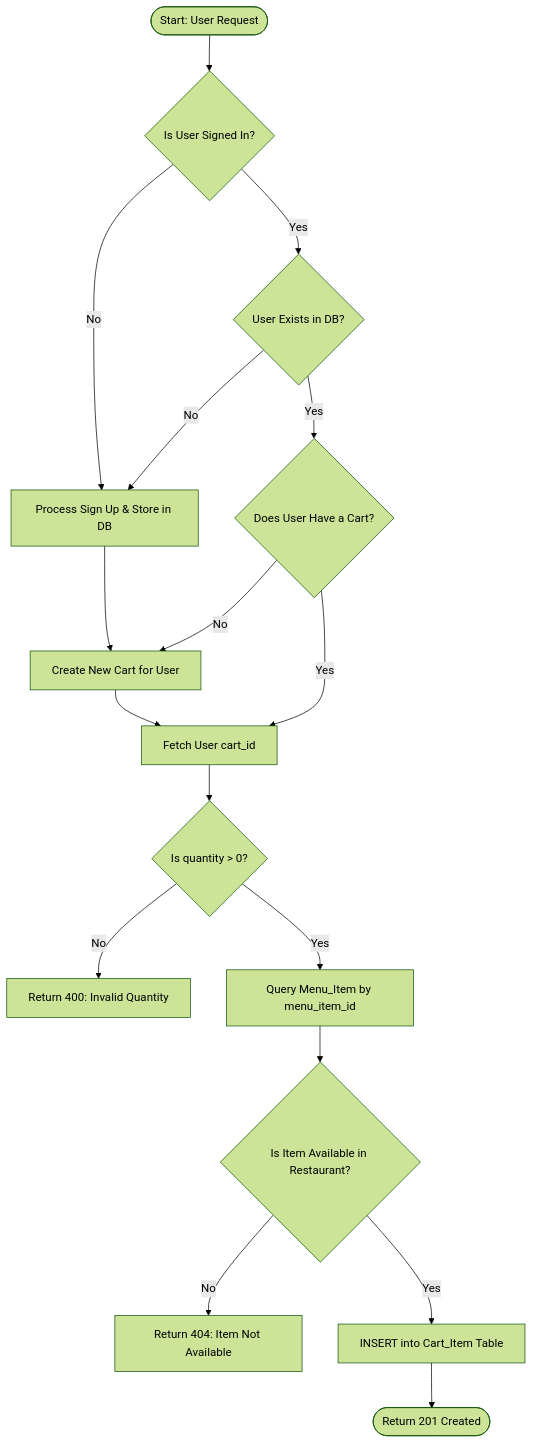
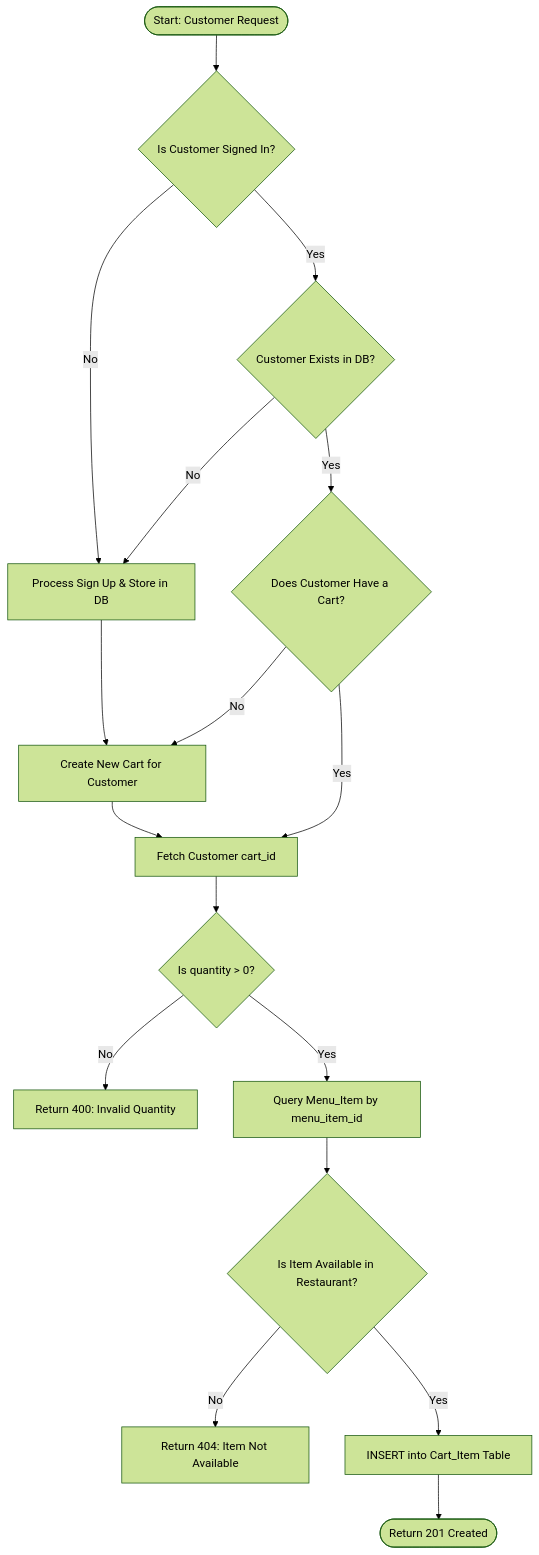
The first of 4 diagrams in README.md (w2t-el-develop/food_delivery_api), drawn with Mermaid (forest theme) before and after one commit. The commit also changed other lines of this file, not shown here.

````diff
--- a/README.md
+++ b/README.md
@@ -54,26 +54,26 @@
 ```mermaid
 flowchart TD
-    Start([Start: User Request]) --> CheckAuth{Is User Signed In?}
+    Start([Start: Customer Request]) --> CheckAuth{Is Customer Signed In?}
     
-    CheckAuth -- No --> SignUp[Process Sign Up & Store in DB] --> CreateCart[Create New Cart for User]
-    CheckAuth -- Yes --> VerifyUser{User Exists in DB?}
+    CheckAuth -- No --> SignUp[Process Sign Up & Store in DB] --> CreateCart[Create New Cart for Customer]
+    CheckAuth -- Yes --> VerifyCustomer{Customer Exists in DB?}
     
-    VerifyUser -- No --> SignUp
-    VerifyUser -- Yes --> CheckUserCart{Does User Have a Cart?}
+    VerifyCustomer -- No --> SignUp
+    VerifyCustomer -- Yes --> CheckCustomerCart{Does Customer Have a Cart?}
     
-    CheckUserCart -- No --> CreateCart
-    CheckUserCart -- Yes --> GetCart[Fetch User cart_id]
+    CheckCustomerCart -- No --> CreateCart
+    CheckCustomerCart -- Yes --> GetCart[Fetch Customer cart_id]
     CreateCart --> GetCart
     
     GetCart --> CheckQuantity{Is quantity > 0?}
     
     CheckQuantity -- No --> ErrQty[Return 400: Invalid Quantity]
     CheckQuantity -- Yes --> CheckItem[Query Menu_Item by menu_item_id]
     
     CheckItem --> IsAvailable{Is Item Available in Restaurant?}
     
     IsAvailable -- No --> ErrItem[Return 404: Item Not Available]
     IsAvailable -- Yes --> InsertCartItem[INSERT into Cart_Item Table]
     
     InsertCartItem --> Success([Return 201 Created])
 ```
````
